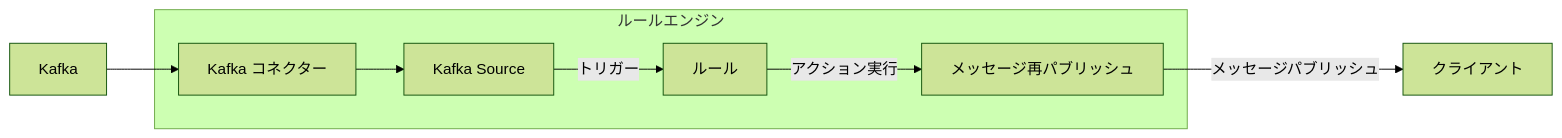
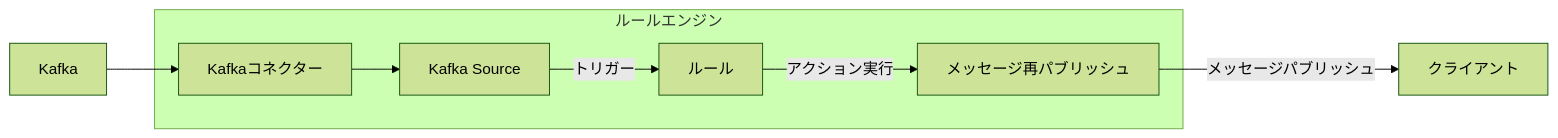
The second of 2 diagrams in ja_JP/develop/data-integration/data-bridges.md (emqx/emqx-docs), drawn with Mermaid (forest theme) before and after one commit. The commit also changed other lines of this file and 411 other files, not shown here.

````diff
--- a/ja_JP/develop/data-integration/data-bridges.md
+++ b/ja_JP/develop/data-integration/data-bridges.md
@@ -62,11 +62,11 @@
 ```mermaid
 graph LR
-  A[Kafka] --> B[Kafka コネクター]
+  A[Kafka] --> B[Kafkaコネクター]
   subgraph ルールエンジン
     B --> C[Kafka Source]
     C -->  |トリガー| D[ルール]
     D -->  |アクション実行| D1[メッセージ再パブリッシュ]
   end
 
 D1 -->|メッセージパブリッシュ| E[クライアント]
 ```
````
